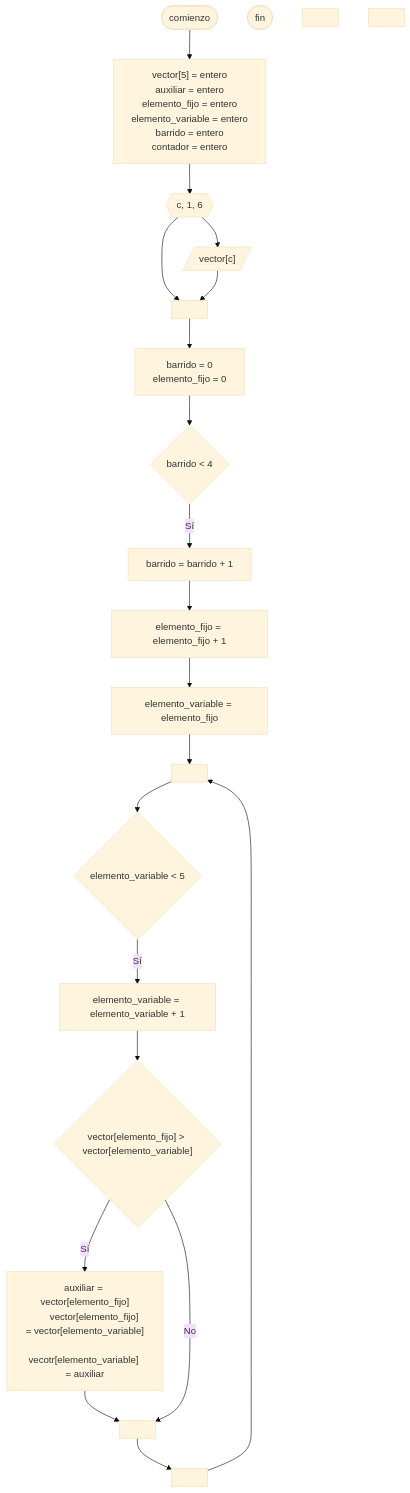
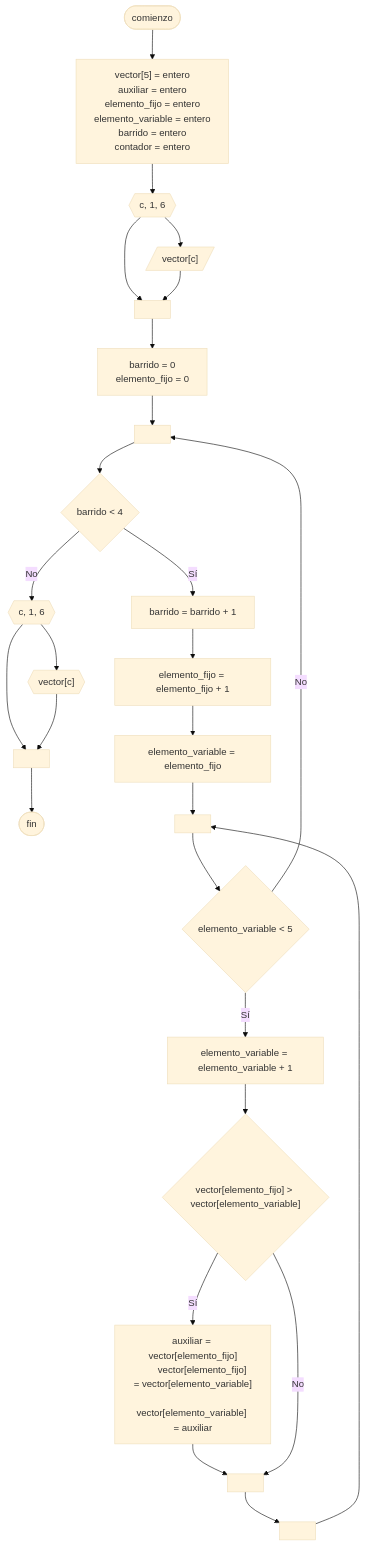
The diagram in Algoritmos y Estructuras de Datos/Ordenamiento por inserción.md (martinstanicio/ingenieria-en-sistemas), drawn with Mermaid (base theme) before and after one commit. The commit also changed other lines of this file and 2 other files, not shown here.

````diff
--- a/Algoritmos y Estructuras de Datos/Ordenamiento por inserción.md
+++ b/Algoritmos y Estructuras de Datos/Ordenamiento por inserción.md
@@ -156,47 +156,54 @@
 ```mermaid
 flowchart TB
 	comienzo([comienzo])
     
 	variables["`vector[5] = entero
 	auxiliar = entero
 	elemento_fijo = entero
 	elemento_variable = entero
 	barrido = entero
 	contador = entero`"]
 	
 	for1{{"c, 1, 6"}}
 	input[/"vector[c]"/]
 	
 	init["`barrido = 0
 	elemento_fijo = 0`"]
 	
 	while1{"barrido < 4"}
 	while1_content1["barrido = barrido + 1"]
 	while1_content2["elemento_fijo = elemento_fijo + 1"]
 	while1_content3["elemento_variable = elemento_fijo"]
 	
 	while2{"elemento_variable < 5"}
 	while2_content1["elemento_variable = elemento_variable + 1"]
 	if{"vector[elemento_fijo] > vector[elemento_variable]"}
 	intercambio["`auxiliar = vector[elemento_fijo]
 	vector[elemento_fijo] = vector[elemento_variable]
-	vecotr[elemento_variable] = auxiliar`"]
+	vector[elemento_variable] = auxiliar`"]
+	
+	for2{{"c, 1, 6"}}
+	mostrar{{"vector[c]"}}
 	
 	fin([fin])
 	
 	a[" "]
 	b[" "]
 	c[" "]
 	d[" "]
 	e[" "]
 	f[" "]
     
 	comienzo --> variables --> for1
 	for1 --> a
 	for1 --> input --> a
-	a --> init --> while1
+	a --> init --> e --> while1
 	while1 -- "Sí" --> while1_content1 --> while1_content2 --> while1_content3 --> b --> while2 -- "Sí" --> while2_content1 --> if
 	if -- "Sí" --> intercambio --> c
 	if -- "No" --> c
 	c --> d --> b
+	while2 -- "No" --> e
+	while1 -- "No" --> for2 --> f
+	for2 --> mostrar --> f
+	f --> fin
 ```
````
